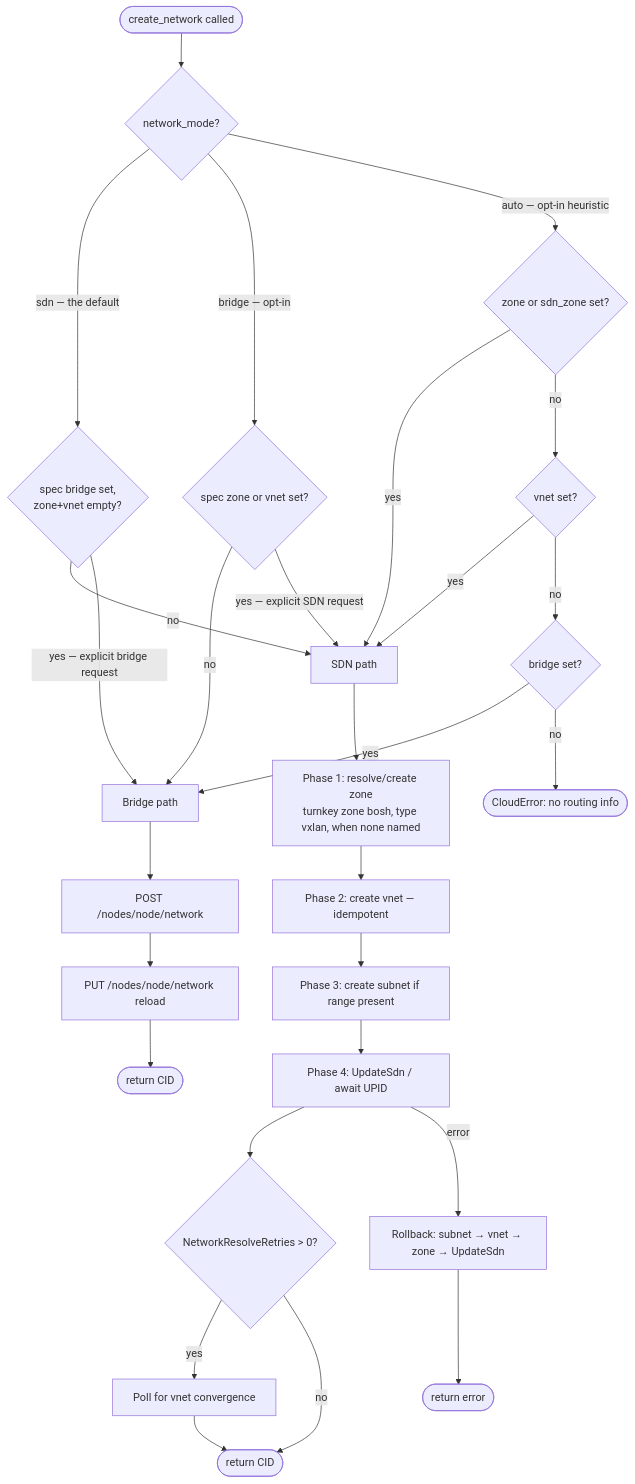
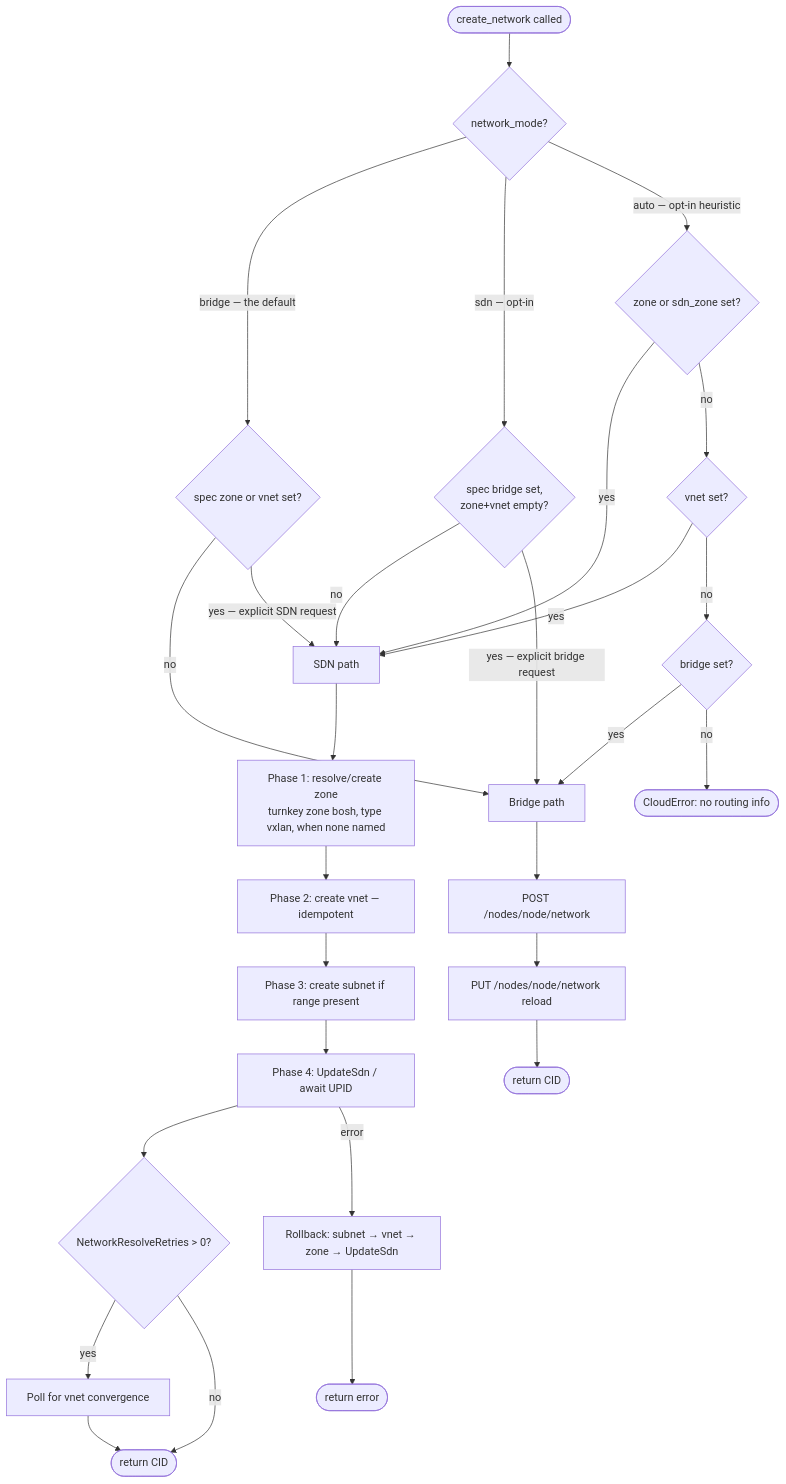
One commit to fivetwenty-io/bosh-proxmox-cpi-release changed the diagram in docs/networks.md. Above: the diagram before and after it, drawn with Mermaid. The commit also changed other lines of this file and 15 other files, not shown here.

````diff
--- a/docs/networks.md
+++ b/docs/networks.md
@@ -262,30 +347,30 @@
 ```mermaid
 flowchart TD
     A([create_network called]) --> B{network_mode?}
-    B -->|sdn — the default| B1{spec bridge set,<br/>zone+vnet empty?}
-    B1 -->|no| C[SDN path]
-    B1 -->|yes — explicit bridge request| D[Bridge path]
-    B -->|bridge — opt-in| B2{spec zone or vnet set?}
-    B2 -->|no| D
-    B2 -->|yes — explicit SDN request| C
+    B -->|bridge — the default| B1{spec zone or vnet set?}
+    B1 -->|no| D[Bridge path]
+    B1 -->|yes — explicit SDN request| C[SDN path]
+    B -->|sdn — opt-in| B2{spec bridge set,<br/>zone+vnet empty?}
+    B2 -->|no| C
+    B2 -->|yes — explicit bridge request| D
     B -->|auto — opt-in heuristic| E{zone or sdn_zone set?}
     E -->|yes| C
     E -->|no| F{vnet set?}
     F -->|yes| C
     F -->|no| G{bridge set?}
     G -->|yes| D
     G -->|no| H([CloudError: no routing info])
     C --> I[Phase 1: resolve/create zone<br/>turnkey zone bosh, type vxlan, when none named]
     I --> J[Phase 2: create vnet — idempotent]
     J --> K[Phase 3: create subnet if range present]
     K --> L[Phase 4: UpdateSdn / await UPID]
     L --> M{NetworkResolveRetries > 0?}
     M -->|yes| N[Poll for vnet convergence]
     M -->|no| O([return CID])
     N --> O
     L -->|error| P[Rollback: subnet → vnet → zone → UpdateSdn]
     P --> Q([return error])
     D --> R[POST /nodes/node/network]
     R --> S[PUT /nodes/node/network reload]
     S --> T([return CID])
 ```
````
